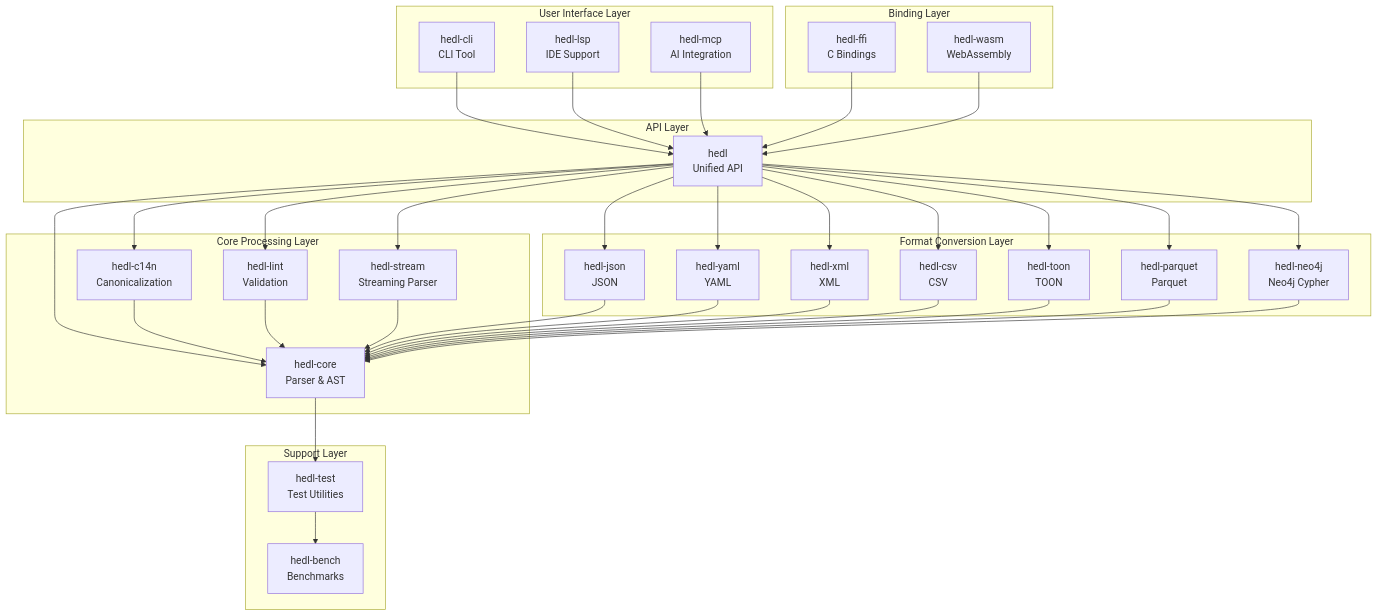
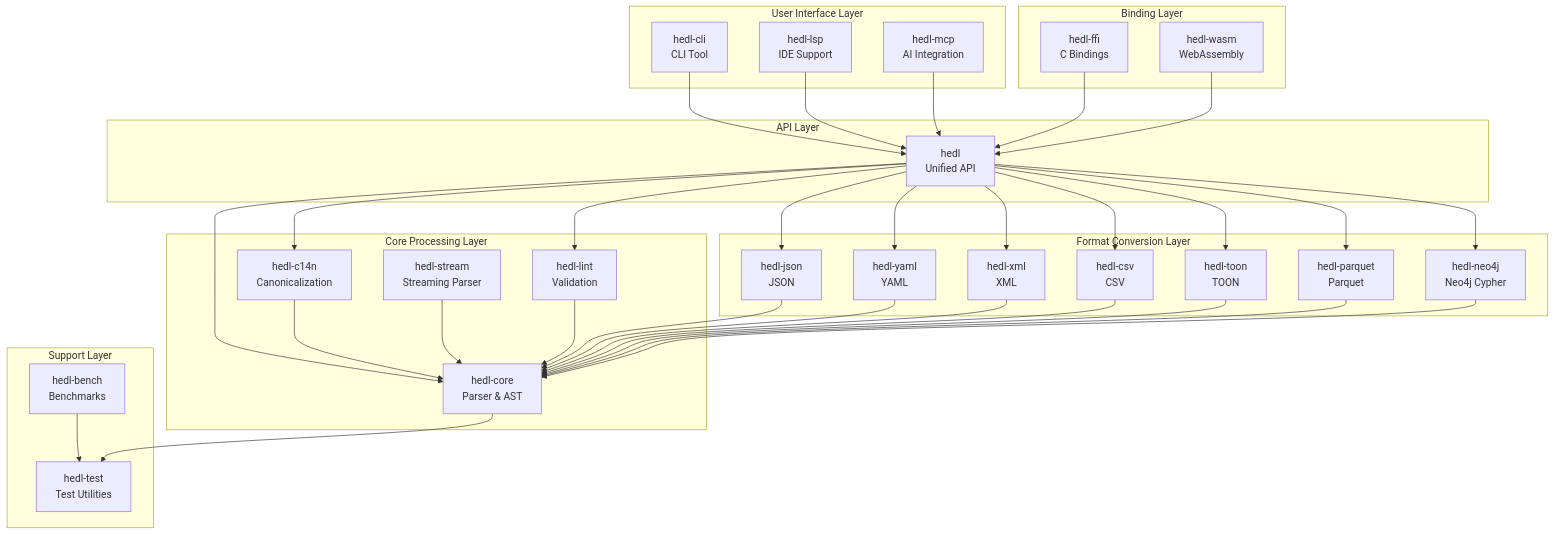
The diagram in docs/developer/architecture.md (dweve-ai/hedl), drawn with Mermaid before and after one commit. The commit also changed other lines of this file and 735 other files, not shown here.

````diff
--- a/docs/developer/architecture.md
+++ b/docs/developer/architecture.md
@@ -9,71 +9,70 @@
 ```mermaid
 graph TB
     subgraph "User Interface Layer"
         CLI[hedl-cli<br/>CLI Tool]
         LSP[hedl-lsp<br/>IDE Support]
         MCP[hedl-mcp<br/>AI Integration]
     end
 
     subgraph "Binding Layer"
         FFI[hedl-ffi<br/>C Bindings]
         WASM[hedl-wasm<br/>WebAssembly]
     end
 
     subgraph "API Layer"
         HEDL[hedl<br/>Unified API]
     end
 
     subgraph "Core Processing Layer"
         CORE[hedl-core<br/>Parser & AST]
         C14N[hedl-c14n<br/>Canonicalization]
         LINT[hedl-lint<br/>Validation]
         STREAM[hedl-stream<br/>Streaming Parser]
     end
 
     subgraph "Format Conversion Layer"
         JSON[hedl-json<br/>JSON]
         YAML[hedl-yaml<br/>YAML]
         XML[hedl-xml<br/>XML]
         CSV[hedl-csv<br/>CSV]
         TOON[hedl-toon<br/>TOON]
         PARQUET[hedl-parquet<br/>Parquet]
         NEO4J[hedl-neo4j<br/>Neo4j Cypher]
     end
 
     subgraph "Support Layer"
         TEST[hedl-test<br/>Test Utilities]
         BENCH[hedl-bench<br/>Benchmarks]
     end
 
     CLI --> HEDL
     LSP --> HEDL
     MCP --> HEDL
     FFI --> HEDL
     WASM --> HEDL
 
     HEDL --> CORE
     HEDL --> C14N
     HEDL --> LINT
-    HEDL --> STREAM
     HEDL --> JSON
     HEDL --> YAML
     HEDL --> XML
     HEDL --> CSV
     HEDL --> TOON
     HEDL --> PARQUET
     HEDL --> NEO4J
 
     CORE --> TEST
     JSON --> CORE
     YAML --> CORE
     XML --> CORE
     CSV --> CORE
     TOON --> CORE
     PARQUET --> CORE
     NEO4J --> CORE
     C14N --> CORE
     LINT --> CORE
     STREAM --> CORE
 
-    TEST --> BENCH
+    BENCH --> TEST
 ```
````
